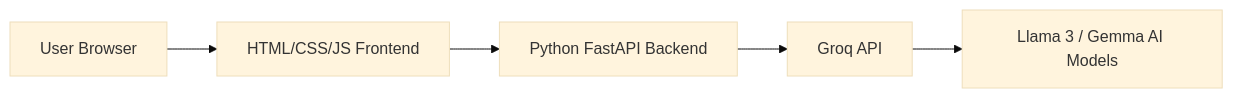
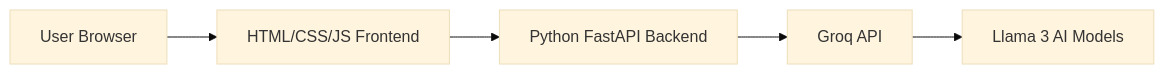
Before and after one commit to digiportfolio/chatgo: the diagram in README.md, drawn with Mermaid (base theme). The commit also changed other lines of this file, not shown here.

````diff
--- a/README.md
+++ b/README.md
@@ -75,7 +73,7 @@
 ```mermaid
 graph LR
     A[User Browser] --> B[HTML/CSS/JS Frontend]
     B --> C[Python FastAPI Backend]
     C --> D[Groq API]
-    D --> E[Llama 3 / Gemma AI Models]
+    D --> E[Llama 3 AI Models]
 ```
````
